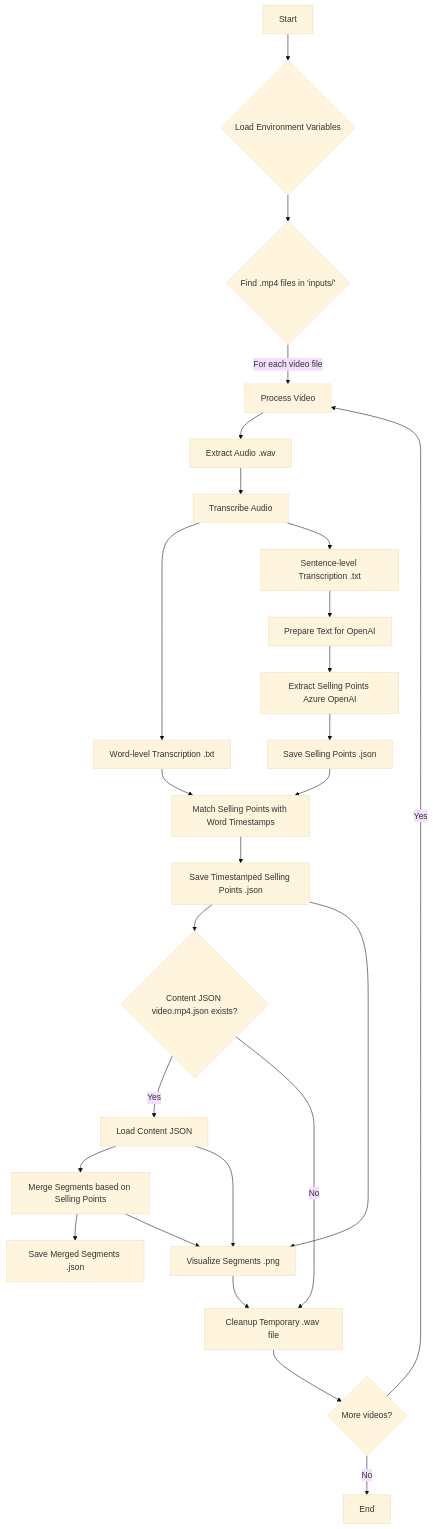
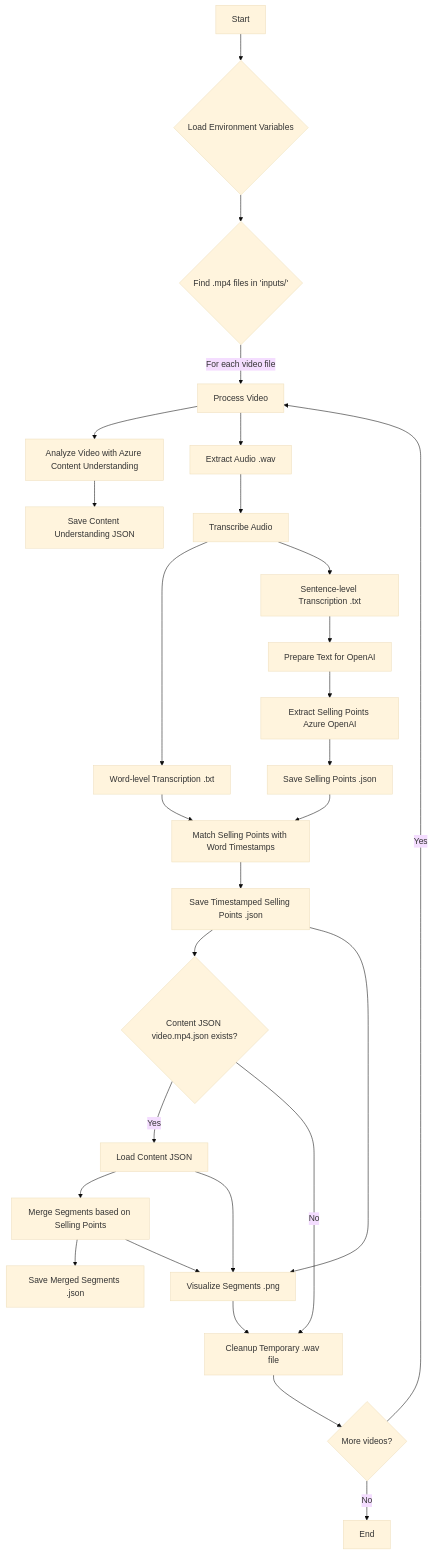
The diagram in README.md (guming3d/Content-Understanding-post-process), drawn with Mermaid (base theme) before and after one commit. The commit also changed 1 other file, not shown here.

Commit message:
update the diagram

````diff
--- a/README.md
+++ b/README.md
@@ -53,25 +53,27 @@
 ```mermaid
 graph TD
     A[Start] --> B{Load Environment Variables};
     B --> C{Find .mp4 files in 'inputs/'};
     C -- For each video file --> D[Process Video];
+    D --> D1[Analyze Video with Azure Content Understanding];
+    D1 --> D2[Save Content Understanding JSON];
     D --> E[Extract Audio .wav];
     E --> F[Transcribe Audio];
     F --> G[Word-level Transcription .txt];
     F --> H[Sentence-level Transcription .txt];
     H --> I[Prepare Text for OpenAI];
     I --> J[Extract Selling Points Azure OpenAI];
     J --> K[Save Selling Points .json];
     G & K --> L[Match Selling Points with Word Timestamps];
     L --> M[Save Timestamped Selling Points .json];
     M --> N{Content JSON video.mp4.json exists?};
     N -- Yes --> O[Load Content JSON];
     O --> P[Merge Segments based on Selling Points];
     P --> Q[Save Merged Segments .json];
     O & M & P --> R[Visualize Segments .png];
     R --> S[Cleanup Temporary .wav file];
     N -- No --> S;
     S --> T{More videos?};
     T -- Yes --> D;
     T -- No --> U[End]; 
 ```
````
